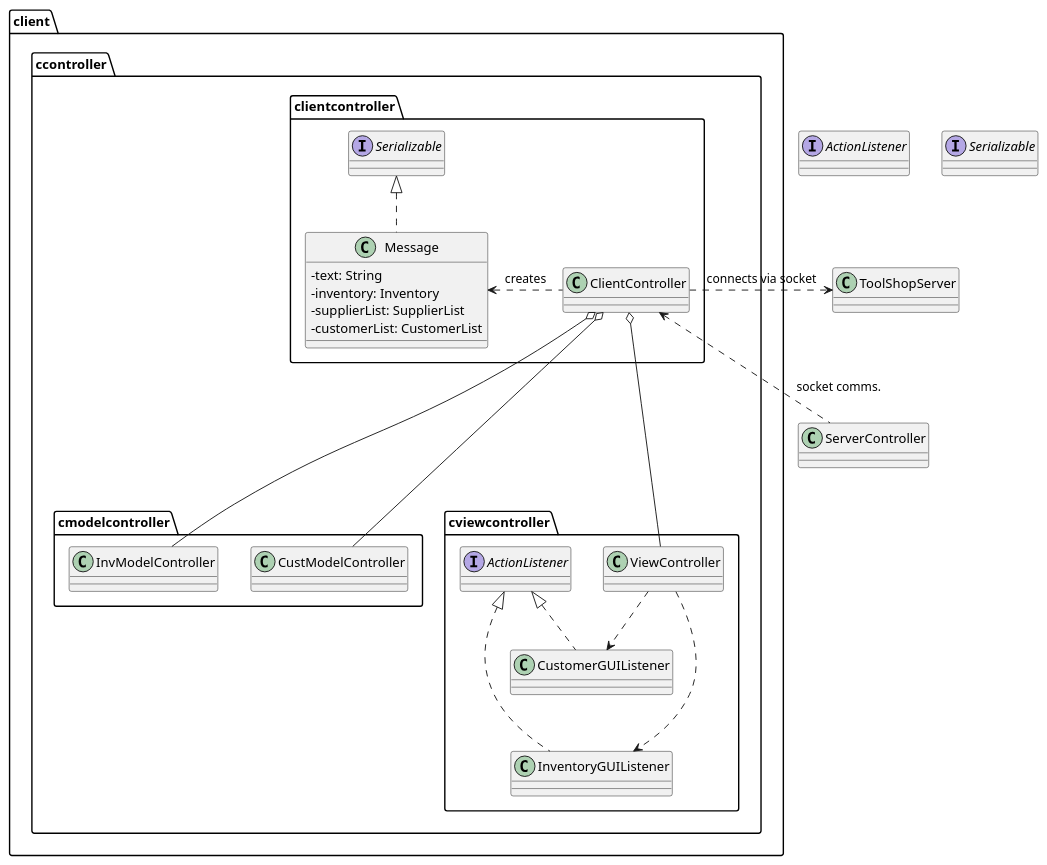
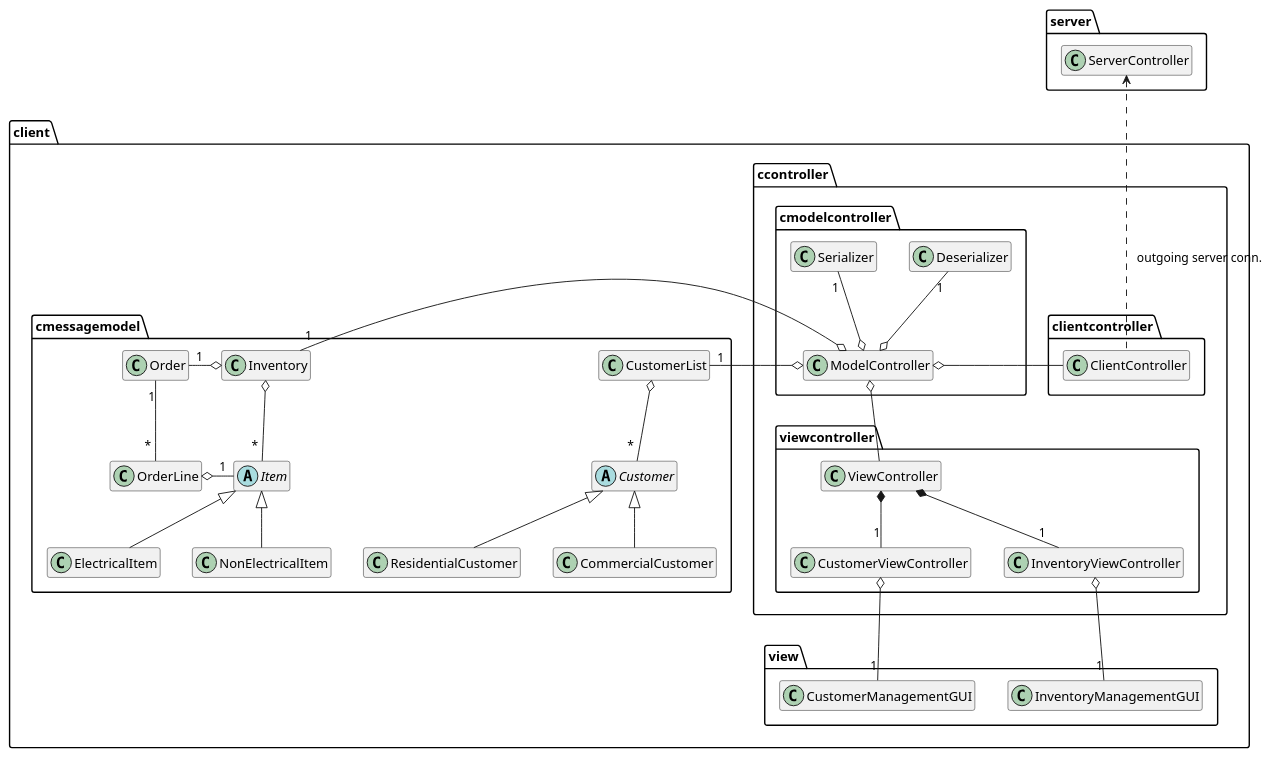
Before and after one commit to patrickronn/tool-shop-inventory-management-application: the diagram in pre-project/client-uml.md, drawn with PlantUML. The commit also changed other lines of this file and 11 other files, not shown here.

Commit message:
Finished UML diagrams

````diff
--- a/pre-project/client-uml.md
+++ b/pre-project/client-uml.md
@@ -11,42 +11,86 @@
 @startuml
 skinparam classAttributeIconSize 0
 
-interface ActionListener
-interface Serializable 
 package client {
     package ccontroller {
         package clientcontroller {
             class ClientController
-            class Message implements Serializable {
-                -text: String
-                -inventory: Inventory
-                -supplierList: SupplierList
-                -customerList: CustomerList 
-            }
         }
         package cmodelcontroller {
-            class InvModelController
-            class CustModelController
+            class ModelController
+
+            class Deserializer
+            class Serializer
         }
-        package cviewcontroller {
+        package viewcontroller {
             class ViewController
-            class CustomerGUIListener implements ActionListener
-            class InventoryGUIListener implements ActionListener
+            class CustomerViewController
+            class InventoryViewController
         }
     }
+
+    package cmessagemodel {
+            class CustomerList {
+                -customers: LinkedHashSet<Customer>
+                +addNewCustomer(customer: Customer): void
+                +updateExistingCustomer(customer: Customer): void
+                +removeCustomer(customer: Customer): void
+                +searchCustomer(id: int): Customer
+                +searchCustomer(name: String): Customer
+                +searchCustomer(type: char): Customer
+            }
+            abstract class Customer {
+                - clientId: int
+                - firstName: String
+                - lastName: String
+                - address: String
+                - postalCode: String
+                - phoneNum: String
+                - customerType: char
+            }
+            class ResidentialCustomer extends Customer
+            class CommercialCustomer extends Customer
+     
+            class Inventory
+            class Order
+            class OrderLine
+
+            abstract class Item
+            class ElectricalItem extends Item
+            class NonElectricalItem extends Item
+    }
+
+    package view {
+        class CustomerManagementGUI
+        class InventoryManagementGUI
+    }
+
 }
 
-ClientController o--- InvModelController
-ClientController o-- CustModelController
-ClientController o--- ViewController
-ViewController ...> InventoryGUIListener
-ViewController ..> CustomerGUIListener
+/' modelcontroller '/
+ModelController o-- ViewController
+ModelController o- ClientController
+Serializer "1" --o ModelController
+Deserializer "1" --o ModelController
+Inventory "1" -o ModelController
+CustomerList "1" -o ModelController
 
-Message <. ClientController : creates
+/' viewcontroller and view '/
+ViewController *-- "1" InventoryViewController
+ViewController *-- "1" CustomerViewController
+CustomerViewController o-- "1" CustomerManagementGUI
+InventoryViewController o-- "1" InventoryManagementGUI
 
-ClientController .> ToolShopServer : connects via socket
-ClientController <.. ServerController : "   socket comms."
+/' cmodel '/
+Inventory o-- " * " Item
+Order "1" -o Inventory
+CustomerList o-- " * " Customer
+Order "1" -- " * " OrderLine
+OrderLine o- "1" Item
 
 
+server.ServerController <... ClientController :"   outgoing server conn."
+
+hide members
 @enduml
 ```
````
